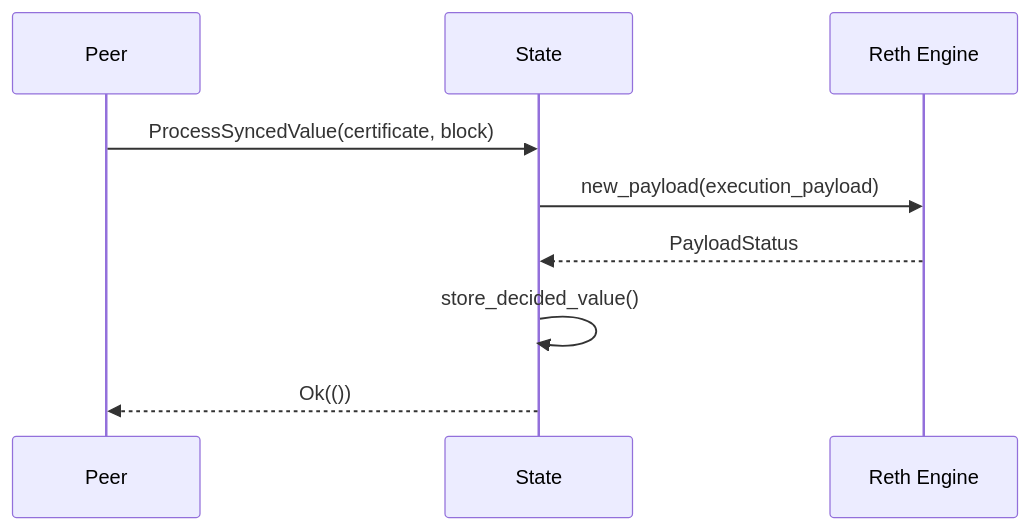
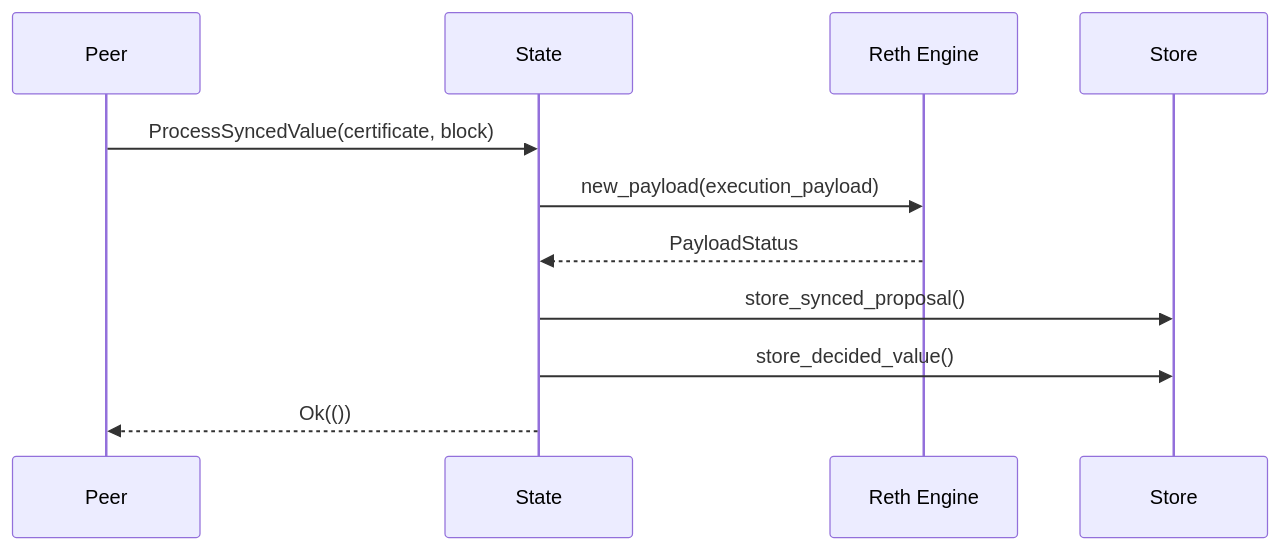
Before and after one commit to PaddyMc/tempo: the third of 4 diagrams in docs/malachite-reth-interactions.md, drawn with Mermaid. The commit also changed other lines of this file, not shown here.

````diff
--- a/docs/malachite-reth-interactions.md
+++ b/docs/malachite-reth-interactions.md
@@ -148,12 +172,14 @@
 ```mermaid
 sequenceDiagram
     participant P as Peer
     participant S as State
     participant E as Reth Engine
+    participant St as Store
 
     P->>S: ProcessSyncedValue(certificate, block)
     S->>E: new_payload(execution_payload)
     E-->>S: PayloadStatus
-    S->>S: store_decided_value()
+    S->>St: store_synced_proposal()
+    S->>St: store_decided_value()
     S-->>P: Ok(())
 ```
````
